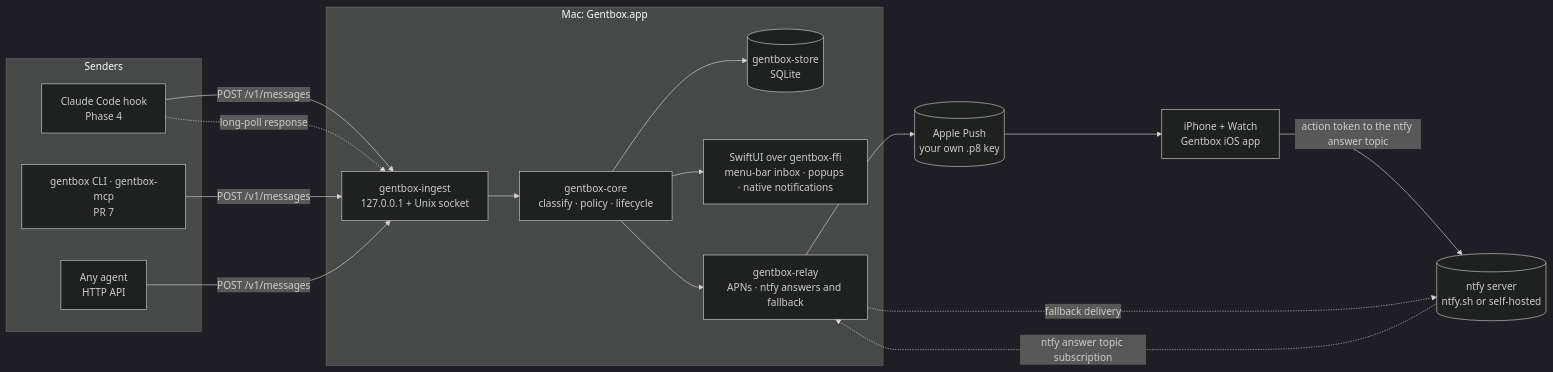
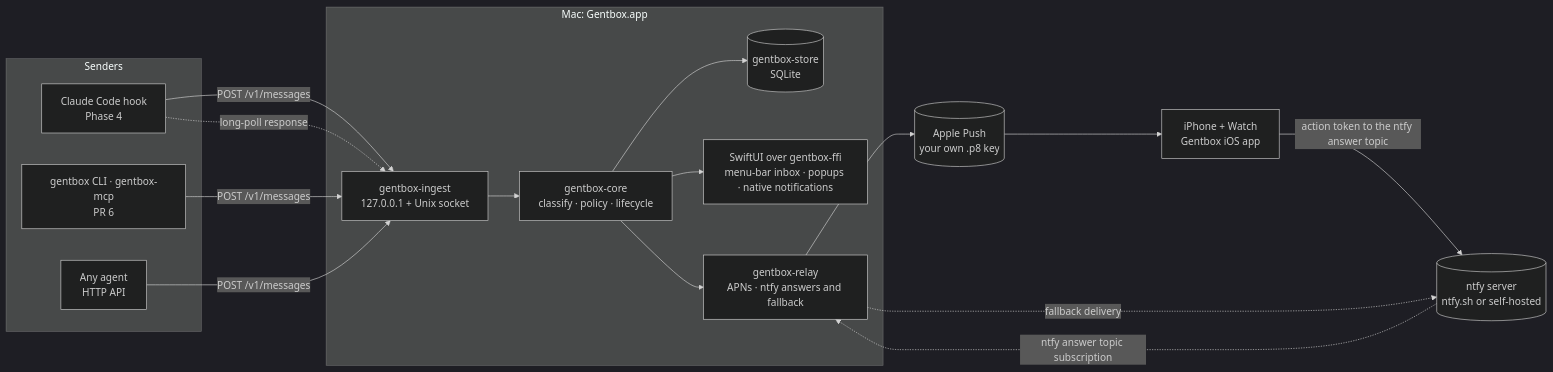
Before and after one commit to Eiluviann/gentbox: the first of 3 diagrams in docs/architecture.md, drawn with Mermaid (dark theme). The commit also changed other lines of this file and 9 other files, not shown here.

````diff
--- a/docs/architecture.md
+++ b/docs/architecture.md
@@ -32,27 +53,27 @@
 ```mermaid
 flowchart LR
   subgraph senders[Senders]
     hook[Claude Code hook<br/>Phase 4]
-    mcp[gentbox CLI · gentbox-mcp<br/>PR 7]
+    mcp[gentbox CLI · gentbox-mcp<br/>PR 6]
     other[Any agent<br/>HTTP API]
   end
   subgraph mac[Mac: Gentbox.app]
     ingest[gentbox-ingest<br/>127.0.0.1 + Unix socket]
     core[gentbox-core<br/>classify · policy · lifecycle]
     store[(gentbox-store<br/>SQLite)]
     relay[gentbox-relay<br/>APNs · ntfy answers and fallback]
     ui[SwiftUI over gentbox-ffi<br/>menu-bar inbox · popups · native notifications]
   end
   apns[(Apple Push<br/>your own .p8 key)]
   ntfy[(ntfy server<br/>ntfy.sh or self-hosted)]
   phone[iPhone + Watch<br/>Gentbox iOS app]
 
   hook & mcp & other -->|POST /v1/messages| ingest
   hook -.->|long-poll response| ingest
   ingest --> core --> store
   core --> ui
   core --> relay --> apns --> phone
   relay -.->|fallback delivery| ntfy
   phone -->|action token to the ntfy answer topic| ntfy
   ntfy -.->|ntfy answer topic subscription| relay
 ```
````
